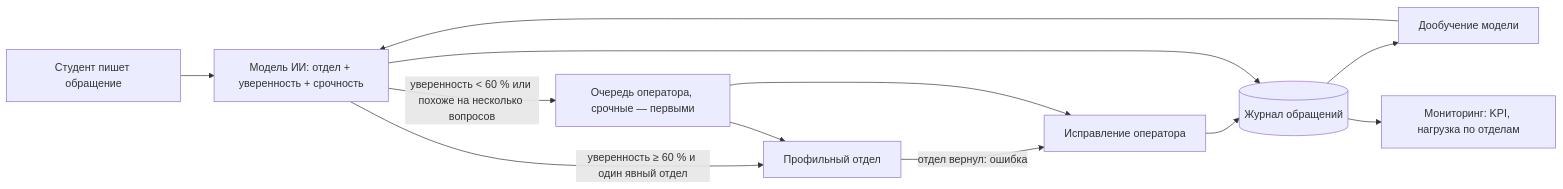
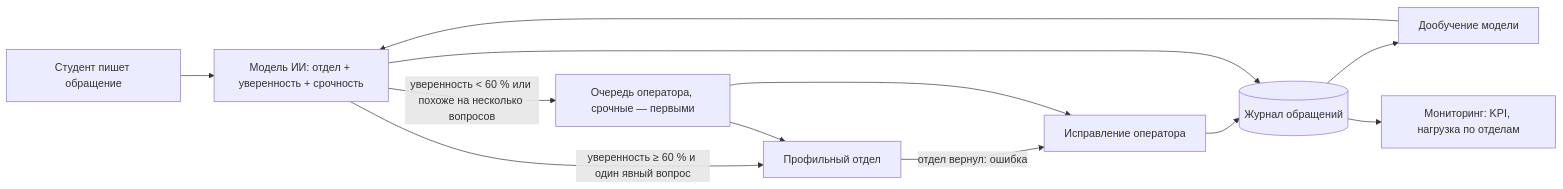
The second of 2 diagrams in docs/business_process.md (stepa2109/requests-router), drawn with Mermaid before and after one commit. The commit also changed 10 other files, not shown here.

````diff
--- a/docs/business_process.md
+++ b/docs/business_process.md
@@ -52,14 +52,14 @@
 ```mermaid
 flowchart LR
     S[Студент пишет обращение] --> M[Модель ИИ: отдел + уверенность + срочность]
-    M -->|уверенность ≥ 60 % и один явный отдел| D[Профильный отдел]
+    M -->|уверенность ≥ 60 % и один явный вопрос| D[Профильный отдел]
     M -->|уверенность < 60 % или похоже на несколько вопросов| O[Очередь оператора, срочные — первыми]
     O --> D
     D -->|отдел вернул: ошибка| C[Исправление оператора]
     O --> C
     C --> J[(Журнал обращений)]
     M --> J
     J --> T[Дообучение модели]
     T --> M
     J --> MON[Мониторинг: KPI, нагрузка по отделам]
 ```
````
